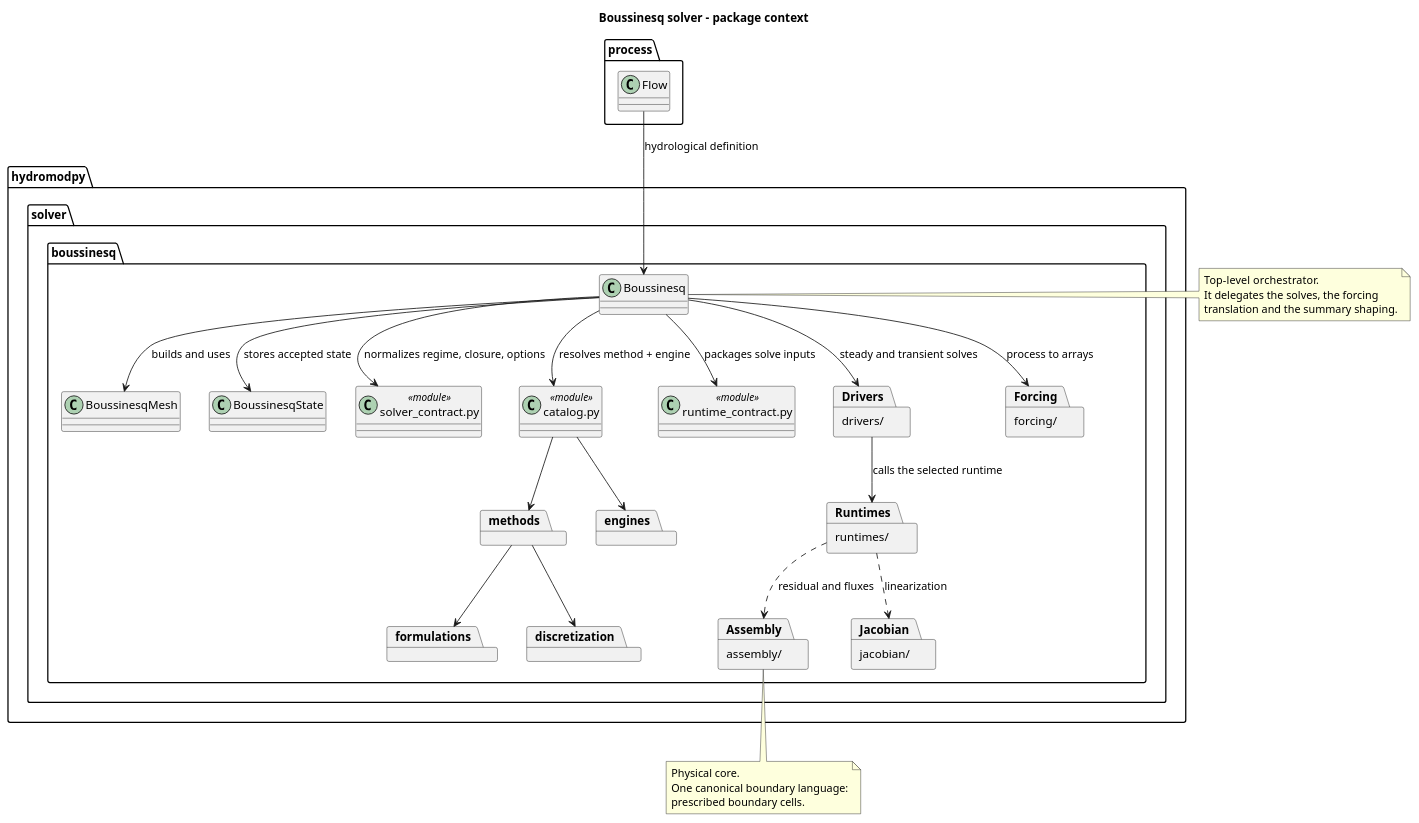
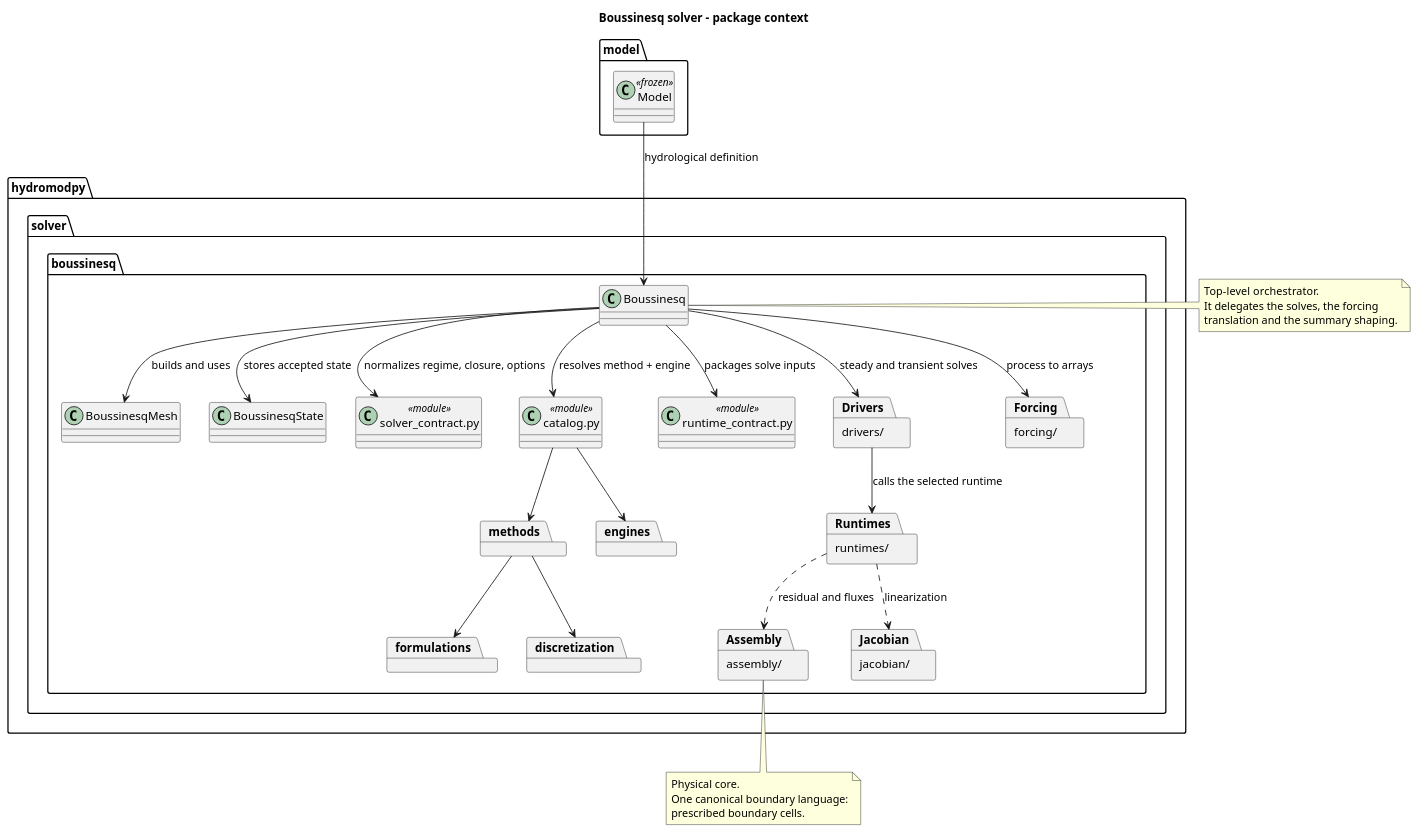
One commit to HydroModPy/HydroModPy changed the diagram in docs/source/contribute/architecture/solver/diagrams/boussinesq_context.wsd. Above: the diagram before and after it, drawn with PlantUML. The commit also changed 296 other files, not shown here.

```diff
--- a/docs/source/contribute/architecture/solver/diagrams/boussinesq_context.wsd
+++ b/docs/source/contribute/architecture/solver/diagrams/boussinesq_context.wsd
@@ -1,55 +1,55 @@
 @startuml
 allowmixing
 title Boussinesq solver - package context
 
-package "process" {
-  class Flow
+package "model" {
+  class Model <<frozen>>
 }
 
 package "hydromodpy.solver.boussinesq" {
   class Boussinesq
   class BoussinesqMesh
   class BoussinesqState
   class "solver_contract.py" as SolverContractModule <<module>>
   class "catalog.py" as RuntimeSelection <<module>>
   class "runtime_contract.py" as RuntimeContract <<module>>
   package methods
   package engines
   package formulations
   package discretization
   package "assembly/" as Assembly
   package "drivers/" as Drivers
   package "forcing/" as Forcing
   package "jacobian/" as Jacobian
   package "runtimes/" as Runtimes
 }
 
-Flow --> Boussinesq : hydrological definition
+Model --> Boussinesq : hydrological definition
 Boussinesq --> BoussinesqMesh : builds and uses
 Boussinesq --> SolverContractModule : normalizes regime, closure, options
 Boussinesq --> RuntimeSelection : resolves method + engine
 RuntimeSelection --> methods
 RuntimeSelection --> engines
 methods --> formulations
 methods --> discretization
 Boussinesq --> RuntimeContract : packages solve inputs
 Boussinesq --> Drivers : steady and transient solves
 Boussinesq --> Forcing : process to arrays
 Drivers --> Runtimes : calls the selected runtime
 Runtimes ..> Assembly : residual and fluxes
 Runtimes ..> Jacobian : linearization
 Boussinesq --> BoussinesqState : stores accepted state
 
 note right of Boussinesq
 Top-level orchestrator.
 It delegates the solves, the forcing
 translation and the summary shaping.
 end note
 
 note bottom of Assembly
 Physical core.
 One canonical boundary language:
 prescribed boundary cells.
 end note
 
 @enduml
```
